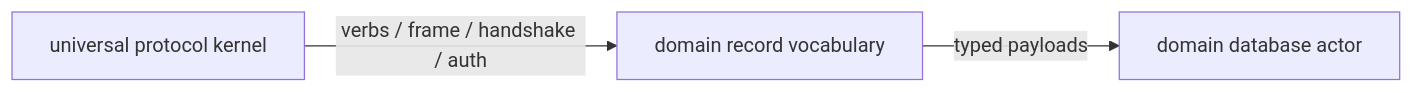
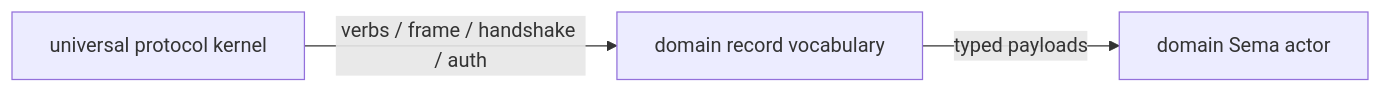
Before and after one commit to LiGoldragon/primary: the third of 13 diagrams in reports/operator/12-universal-message-implementation.md, drawn with Mermaid. The commit also changed other lines of this file, not shown here.

Commit message:
amend universal message report for sema pivot

````diff
--- a/reports/operator/12-universal-message-implementation.md
+++ b/reports/operator/12-universal-message-implementation.md
@@ -91,9 +97,9 @@
 ```mermaid
 flowchart LR
     universal["universal protocol kernel"]
     domain["domain record vocabulary"]
-    store["domain database actor"]
+    store["domain Sema actor"]
 
     universal -->|"verbs / frame / handshake / auth"| domain
     domain -->|"typed payloads"| store
 ```
````
